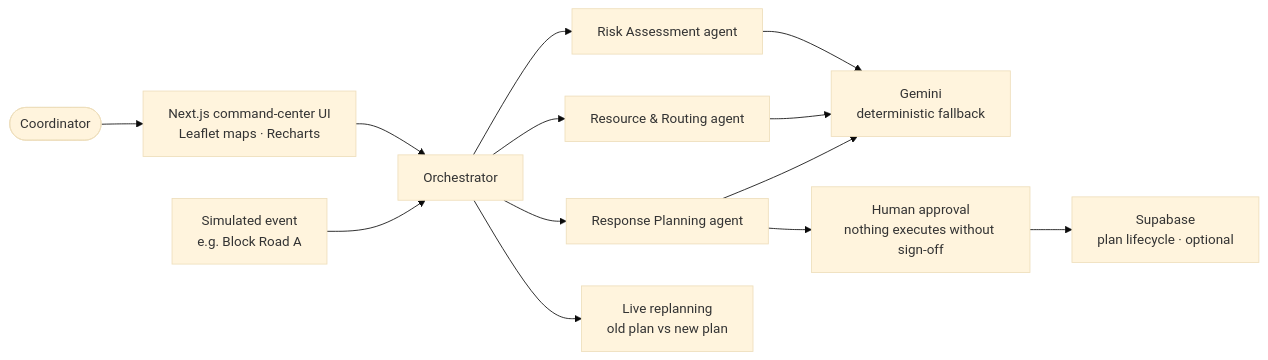
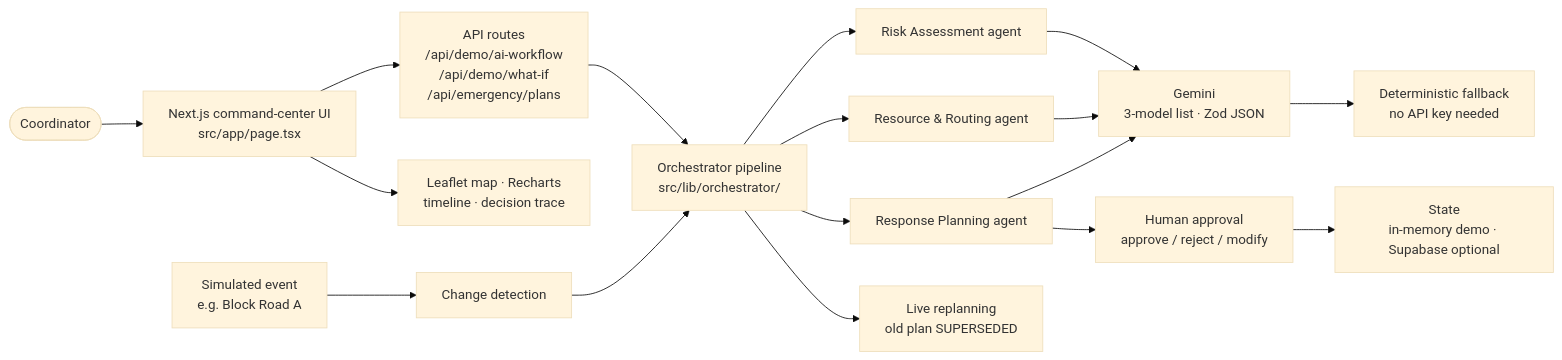
The second of 2 diagrams in README.md (thiteswapnil1212-hue/cupric2026), drawn with Mermaid (base theme) before and after one commit. The commit also changed other lines of this file, not shown here.

Commit message:
Docs: README with replanning sequence, data flow and honest limits

````diff
--- a/README.md
+++ b/README.md
@@ -26,15 +69,19 @@
 ```mermaid
 flowchart LR
-    Coord([Coordinator]) --> UI["Next.js command-center UI<br/>Leaflet maps · Recharts"]
-    UI --> Orch["Orchestrator"]
+    Coord([Coordinator]) --> UI["Next.js command-center UI<br/>src/app/page.tsx"]
+    UI --> API["API routes<br/>/api/demo/ai-workflow<br/>/api/demo/what-if<br/>/api/emergency/plans"]
+    API --> Orch["Orchestrator pipeline<br/>src/lib/orchestrator/"]
     Orch --> Risk["Risk Assessment agent"]
     Orch --> Res["Resource & Routing agent"]
     Orch --> Plan["Response Planning agent"]
-    Risk --> Gemini["Gemini<br/>deterministic fallback"]
+    Risk --> Gemini["Gemini<br/>3-model list · Zod JSON"]
     Res --> Gemini
     Plan --> Gemini
-    Plan --> Approval["Human approval<br/>nothing executes without sign-off"]
-    Event["Simulated event<br/>e.g. Block Road A"] --> Orch
-    Orch --> Replan["Live replanning<br/>old plan vs new plan"]
-    Approval --> DB["Supabase<br/>plan lifecycle · optional"]
+    Gemini --> Fallback["Deterministic fallback<br/>no API key needed"]
+    Plan --> Approval["Human approval<br/>approve / reject / modify"]
+    Approval --> Store["State<br/>in-memory demo · Supabase optional"]
+    Event["Simulated event<br/>e.g. Block Road A"] --> Detect["Change detection"]
+    Detect --> Orch
+    Orch --> Replan["Live replanning<br/>old plan SUPERSEDED"]
+    UI --> Map["Leaflet map · Recharts<br/>timeline · decision trace"]
 ```
````
